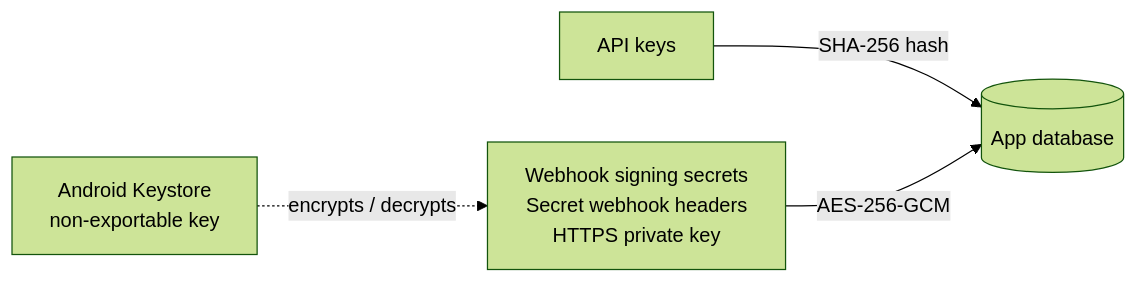
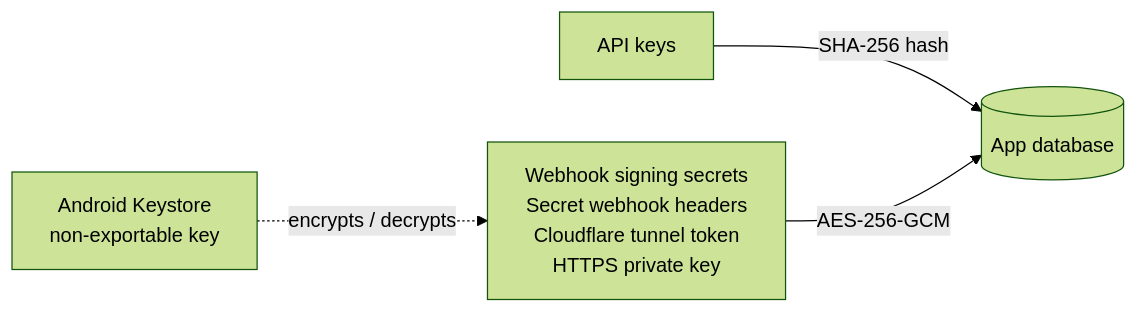
One commit to jpbaking/sms-gateway-android changed the second of 3 diagrams in docs/security.md. Above: the diagram before and after it, drawn with Mermaid (forest theme). The commit also changed other lines of this file and 23 other files, not shown here.

````diff
--- a/docs/security.md
+++ b/docs/security.md
@@ -42,6 +57,6 @@
 ```mermaid
 flowchart LR
     K[API keys] -->|SHA-256 hash| DB[(App database)]
-    S[Webhook signing secrets<br/>Secret webhook headers<br/>HTTPS private key] -->|AES-256-GCM| DB
+    S[Webhook signing secrets<br/>Secret webhook headers<br/>Cloudflare tunnel token<br/>HTTPS private key] -->|AES-256-GCM| DB
     KS[Android Keystore<br/>non-exportable key] -. encrypts / decrypts .-> S
 ```
````
